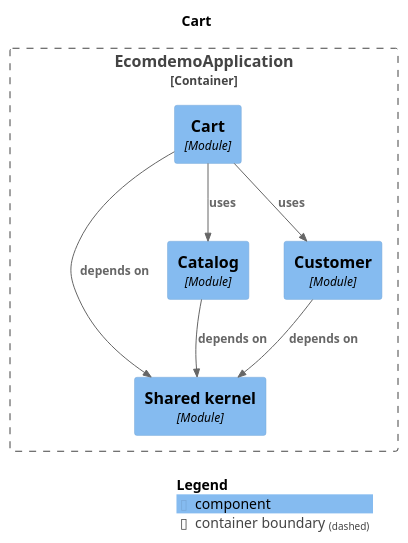
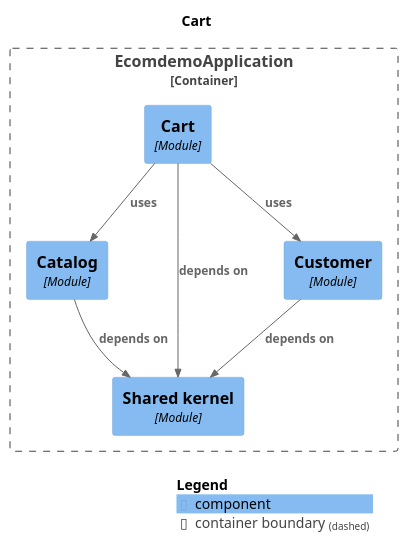
The diagram in docs/modules/module-cart.puml (mr-sujay-patil/ecomdemo), drawn with PlantUML before and after one commit. The commit also changed other lines of this file and 36 other files, not shown here.

```diff
--- a/docs/modules/module-cart.puml
+++ b/docs/modules/module-cart.puml
@@ -1,25 +1,25 @@
 @startuml
 set separator none
 title Cart
 
 top to bottom direction
 
 !include <C4/C4>
 !include <C4/C4_Context>
 !include <C4/C4_Component>
 
 Container_Boundary("EcomdemoApplication.EcomdemoApplication_boundary", "EcomdemoApplication", $tags="") {
+  Component(EcomdemoApplication.EcomdemoApplication.Catalog, "Catalog", $techn="Module", $descr="", $tags="", $link="")
   Component(EcomdemoApplication.EcomdemoApplication.Cart, "Cart", $techn="Module", $descr="", $tags="", $link="")
   Component(EcomdemoApplication.EcomdemoApplication.Sharedkernel, "Shared kernel", $techn="Module", $descr="", $tags="", $link="")
-  Component(EcomdemoApplication.EcomdemoApplication.Catalog, "Catalog", $techn="Module", $descr="", $tags="", $link="")
   Component(EcomdemoApplication.EcomdemoApplication.Customer, "Customer", $techn="Module", $descr="", $tags="", $link="")
 }
 
 Rel(EcomdemoApplication.EcomdemoApplication.Cart, EcomdemoApplication.EcomdemoApplication.Catalog, "uses", $techn="", $tags="", $link="")
 Rel(EcomdemoApplication.EcomdemoApplication.Cart, EcomdemoApplication.EcomdemoApplication.Customer, "uses", $techn="", $tags="", $link="")
 Rel(EcomdemoApplication.EcomdemoApplication.Cart, EcomdemoApplication.EcomdemoApplication.Sharedkernel, "depends on", $techn="", $tags="", $link="")
 Rel(EcomdemoApplication.EcomdemoApplication.Catalog, EcomdemoApplication.EcomdemoApplication.Sharedkernel, "depends on", $techn="", $tags="", $link="")
 Rel(EcomdemoApplication.EcomdemoApplication.Customer, EcomdemoApplication.EcomdemoApplication.Sharedkernel, "depends on", $techn="", $tags="", $link="")
 
 SHOW_LEGEND(true)
 @enduml
```
